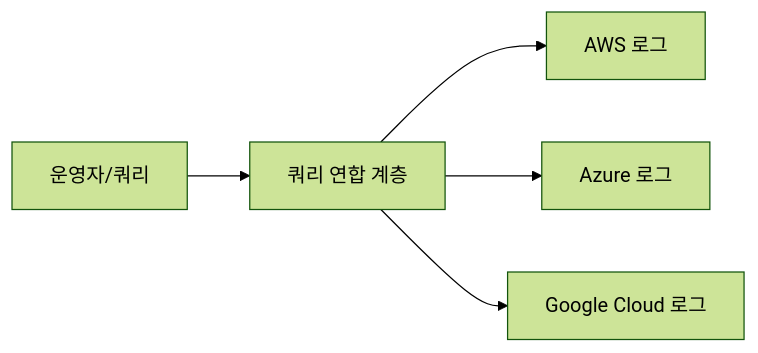
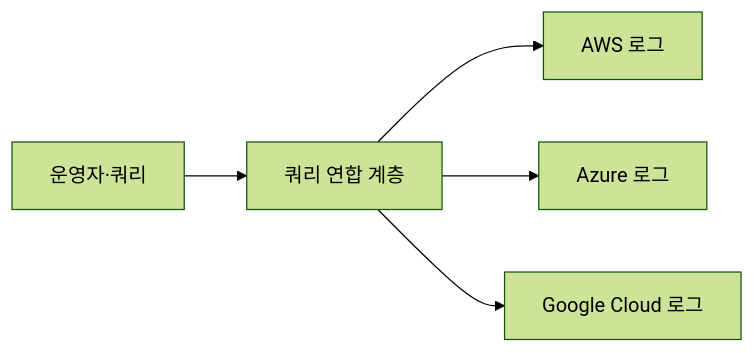
One commit to cloudpickr/cloudpick-docs changed the third of 3 diagrams in src/content/docs/ko/devops/observability.md. Above: the diagram before and after it, drawn with Mermaid (forest theme). The commit also changed 29 other files, not shown here.

First line of the commit message:
fix: Mermaid 전수조사 — 노드 라벨 슬래시 13건 수정 (ko/en/ja)

````diff
--- a/src/content/docs/ko/devops/observability.md
+++ b/src/content/docs/ko/devops/observability.md
@@ -76,7 +76,7 @@
 ```mermaid
 graph LR
-    U[운영자/쿼리] --> F[쿼리 연합 계층]
+    U[운영자·쿼리] --> F[쿼리 연합 계층]
     F --> A[AWS 로그]
     F --> B[Azure 로그]
     F --> G[Google Cloud 로그]
 ```
````
